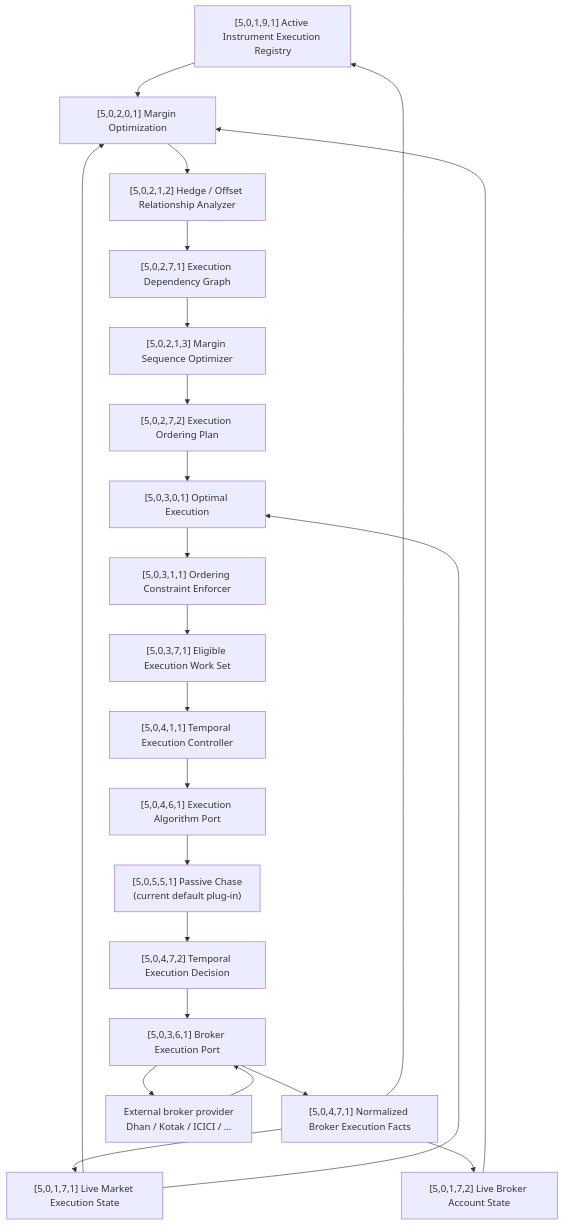
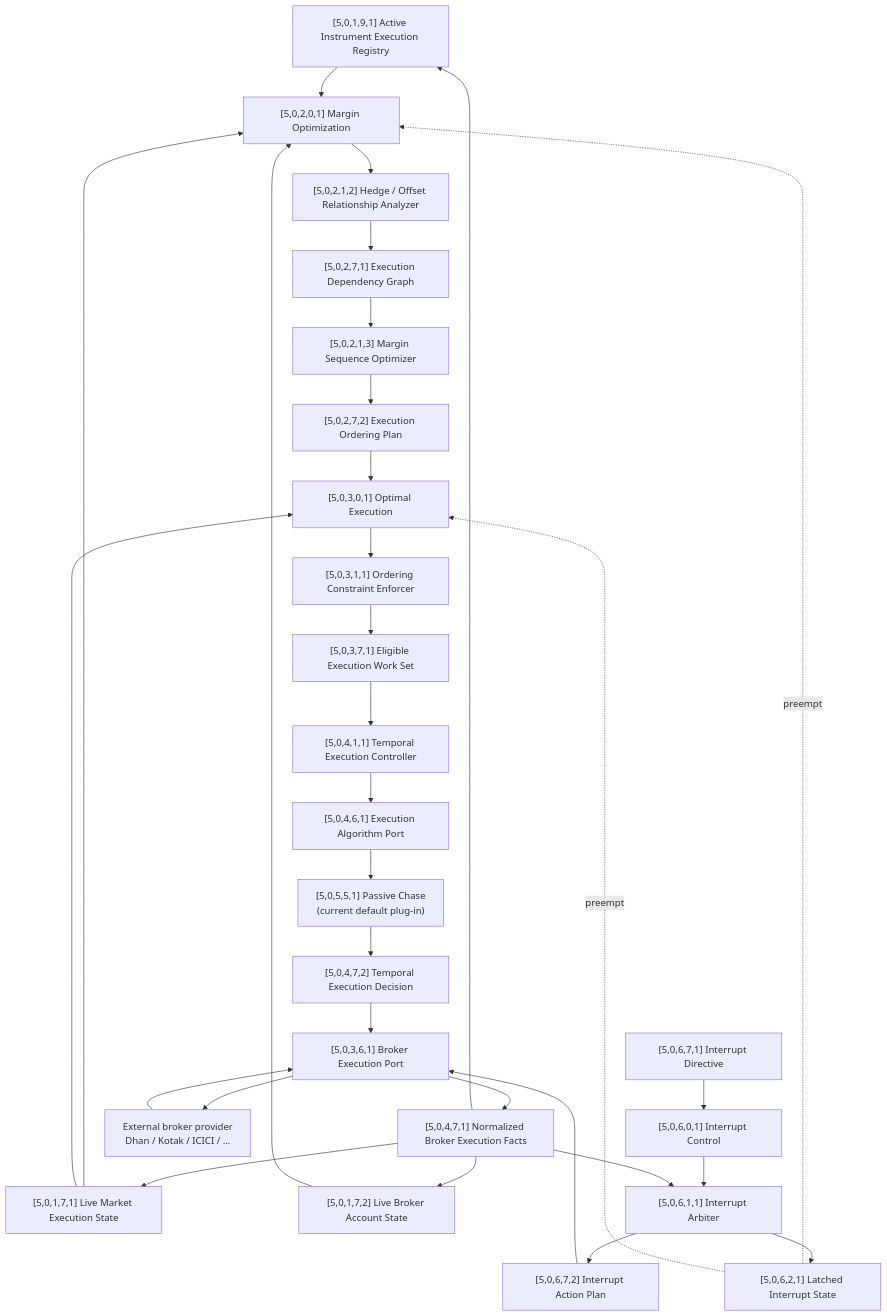
One commit to ayyararyan/volarb changed the diagram in docs/workflows/internal-execution.md. Above: the diagram before and after it, drawn with Mermaid. The commit also changed other lines of this file, not shown here.

Commit message:
Integrate Interrupt Control into Internal Execution

```diff
--- a/docs/workflows/internal-execution.md
+++ b/docs/workflows/internal-execution.md
@@ -14,40 +16,53 @@
 ~~~mermaid
 flowchart TD
     R["[5,0,1,9,1] Active Instrument Execution Registry"]
     M["[5,0,1,7,1] Live Market Execution State"]
     A["[5,0,1,7,2] Live Broker Account State"]
 
     MO["[5,0,2,0,1] Margin Optimization"]
     H["[5,0,2,1,2] Hedge / Offset Relationship Analyzer"]
     D["[5,0,2,7,1] Execution Dependency Graph"]
     S["[5,0,2,1,3] Margin Sequence Optimizer"]
     Q["[5,0,2,7,2] Execution Ordering Plan"]
 
     OE["[5,0,3,0,1] Optimal Execution"]
     G["[5,0,3,1,1] Ordering Constraint Enforcer"]
     W["[5,0,3,7,1] Eligible Execution Work Set"]
     C["[5,0,4,1,1] Temporal Execution Controller"]
     P["[5,0,4,6,1] Execution Algorithm Port"]
     X["[5,0,5,5,1] Passive Chase\n(current default plug-in)"]
     O["[5,0,4,7,2] Temporal Execution Decision"]
 
+    IC["[5,0,6,0,1] Interrupt Control"]
+    ID["[5,0,6,7,1] Interrupt Directive"]
+    IA["[5,0,6,1,1] Interrupt Arbiter"]
+    IS["[5,0,6,2,1] Latched Interrupt State"]
+    IP["[5,0,6,7,2] Interrupt Action Plan"]
+
     B["[5,0,3,6,1] Broker Execution Port"]
     F["[5,0,4,7,1] Normalized Broker Execution Facts"]
     E["External broker provider\nDhan / Kotak / ICICI / ..."]
 
     R --> MO
     M --> MO
     A --> MO
     MO --> H --> D --> S --> Q
 
     Q --> OE
     M --> OE
     OE --> G --> W --> C --> P --> X --> O --> B
 
+    ID --> IC --> IA
+    IA --> IS
+    IA --> IP --> B
+    IS -. preempt .-> MO
+    IS -. preempt .-> OE
+    F --> IA
+
     B --> E
     E --> B
     B --> F
     F --> R
     F --> M
     F --> A
 ~~~
```
